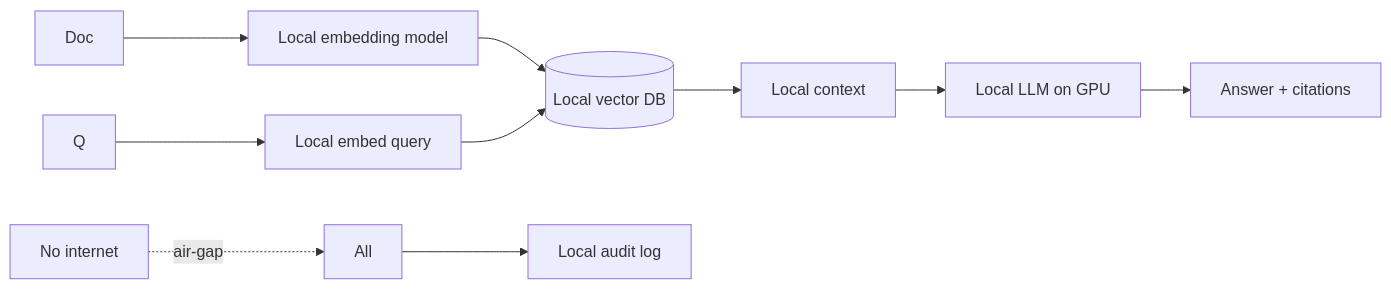
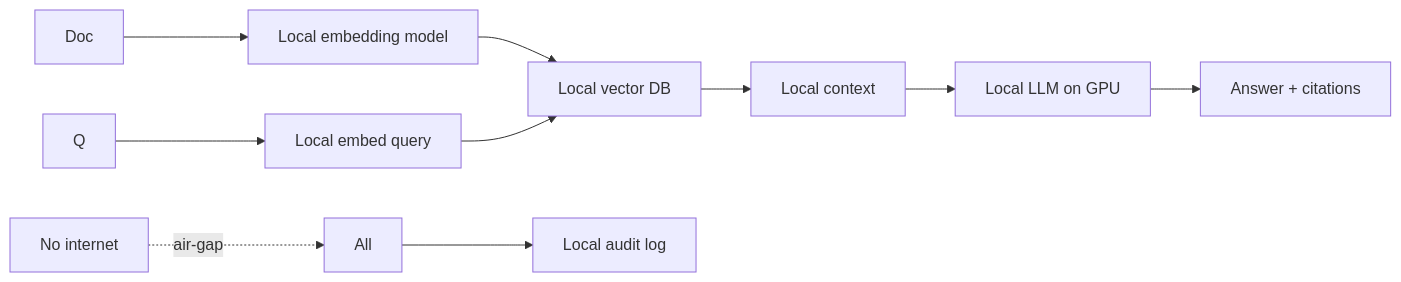
The first of 4 diagrams in case-studies/ai-systems/offline-airgapped-rag-platform.md (RIT-MESH/system-design-mastery), drawn with Mermaid before and after one commit. The commit also changed 139 other files, not shown here.

First line of the commit message:
Fix Mermaid parse errors: replace parentheses in node labels across 140 files

````diff
--- a/case-studies/ai-systems/offline-airgapped-rag-platform.md
+++ b/case-studies/ai-systems/offline-airgapped-rag-platform.md
@@ -52,13 +52,13 @@
 ```mermaid
 %% origin: original to system-design-mastery
 flowchart LR
   Doc --> Embed[Local embedding model]
-  Embed --> VDB[(Local vector DB)]
+  Embed --> VDB[Local vector DB]
   Q --> LE[Local embed query]
   LE --> VDB
   VDB --> Context[Local context]
   Context --> LLM[Local LLM on GPU]
   LLM --> Answer[Answer + citations]
   All --> Audit[Local audit log]
   NoNet[No internet] -.air-gap.-> All
 ```
````
